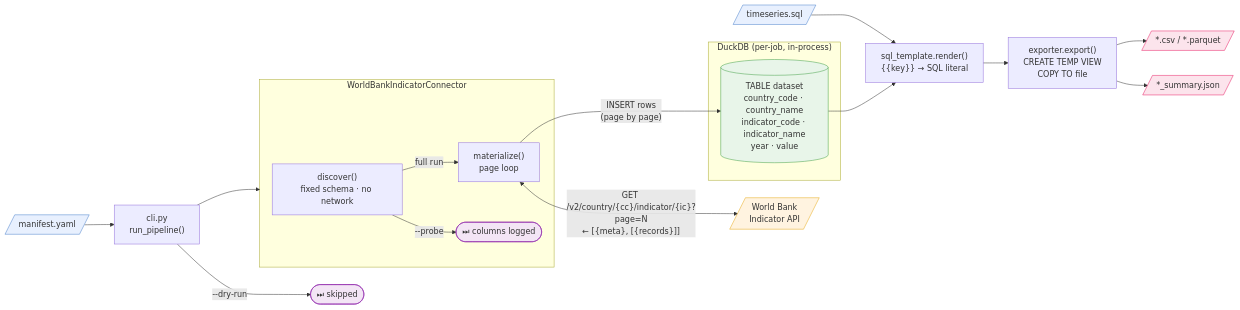
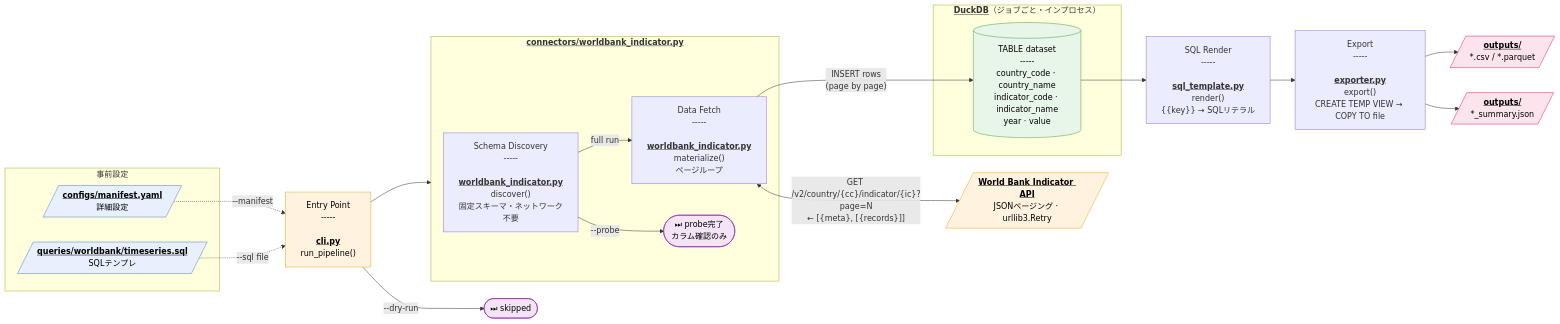
The diagram in README.md (azu-azu/api-bulk-downloader), drawn with Mermaid before and after one commit.

Commit message:
Enrich Mermaid flowchart with detailed labels
Expand the data-flow diagram to annotate concrete file paths, module
names, and step descriptions, and add clearer grouping for inputs,
connector stages, DuckDB storage, SQL rendering, and outputs. The update
also adds styling tweaks and HTML line breaks to improve readability in
rendered Mermaid diagrams.

````diff
--- a/README.md
+++ b/README.md
@@ -136,43 +136,52 @@
 ```mermaid
 flowchart LR
-    MANIFEST[/"manifest.yaml"/]
-    SQL_FILE[/"timeseries.sql"/]
+    CLI["Entry Point<br>-----<br><br><u><b>cli.py</b></u><br>run_pipeline()"]
 
-    MANIFEST --> CLI["cli.py\nrun_pipeline()"]
+    %% inputs (auxiliary)
+    subgraph PRE ["事前設定"]
+        MANIFEST[/"<u><b>configs/manifest.yaml</b></u><br>詳細設定"/]
+        SQL_FILE[/"<u><b>queries/worldbank/timeseries.sql</b></u><br>SQLテンプレ"/]
+    end
+    %% auxiliary (dashed) to show "inputs"
+    MANIFEST -.->|"--manifest"| CLI
+    SQL_FILE -.->|"--sql file"| CLI
+
+    %% runtime flow
     CLI -->|"--dry-run"| SKIP(["⏭ skipped"])
     CLI --> CONN
 
-    subgraph CONN ["WorldBankIndicatorConnector"]
-        DISC["discover()\nfixed schema · no network"]
-        MAT["materialize()\npage loop"]
-        DISC -->|"--probe"| PROBED(["⏭ columns logged"])
+    subgraph CONN ["<u><b>connectors/worldbank_indicator.py</b></u>"]
+        DISC["Schema Discovery<br>-----<br><br><u><b>worldbank_indicator.py</b></u><br>discover()<br>固定スキーマ・ネットワーク不要"]
+        MAT["Data Fetch<br>-----<br><br><u><b>worldbank_indicator.py</b></u><br>materialize()<br>ページループ"]
+        DISC -->|"--probe"| PROBED(["⏭ probe完了<br>カラム確認のみ"])
         DISC -->|full run| MAT
     end
 
-    MAT <-->|"GET /v2/country/{cc}/indicator/{ic}?page=N\n← [{meta}, [{records}]]"| WB[/"World Bank\nIndicator API"/]
+    MAT <-->|"GET /v2/country/{cc}/indicator/{ic}?page=N<br>← [{meta}, [{records}]]"| WB[/"<u><b>World Bank Indicator API</b></u><br>JSONページング · urllib3.Retry"/]
 
-    MAT -->|"INSERT rows\n(page by page)"| DS
+    MAT -->|"INSERT rows<br>(page by page)"| DS
 
-    subgraph DUCK ["DuckDB  (per-job, in-process)"]
-        DS[("TABLE dataset\ncountry_code · country_name\nindicator_code · indicator_name\nyear · value")]
+    subgraph DUCK ["<u><b>DuckDB</b></u>（ジョブごと・インプロセス）"]
+        DS[("TABLE dataset<br>-----<br>country_code · country_name<br>indicator_code · indicator_name<br>year · value")]
     end
 
-    SQL_FILE --> RENDER["sql_template.render()\n{{key}} → SQL literal"]
-    DS --> RENDER
-    RENDER --> EXPORT["exporter.export()\nCREATE TEMP VIEW\nCOPY TO file"]
+    %% SQL render
+    DS --> RENDER["SQL Render<br>-----<br><br><u><b>sql_template.py</b></u><br>render()<br>{{key}} → SQLリテラル"]
+    RENDER --> EXPORT["Export<br>-----<br><br><u><b>exporter.py</b></u><br>export()<br>CREATE TEMP VIEW → COPY TO file"]
 
-    EXPORT --> OUT_DATA[/"*.csv / *.parquet"/]
-    EXPORT --> OUT_SUM[/"*_summary.json"/]
+    %% outputs
+    EXPORT --> OUT_DATA[/"<u><b>outputs/</b></u><br>*.csv / *.parquet"/]
+    EXPORT --> OUT_SUM[/"<u><b>outputs/</b></u><br>*_summary.json"/]
 
-    classDef file    fill:#e8f0fe,stroke:#4a7fcb
-    classDef ext     fill:#fff3e0,stroke:#e6a817
-    classDef db      fill:#e8f5e9,stroke:#43a047
-    classDef term    fill:#f3e5f5,stroke:#8e24aa
-    classDef out     fill:#fce4ec,stroke:#e91e63
+    classDef file    fill:#e8f0fe,stroke:#4a7fcb, color:#000
+    classDef ext     fill:#fff3e0,stroke:#e6a817, color:#000
+    classDef db      fill:#e8f5e9,stroke:#43a047, color:#000
+    classDef term    fill:#f3e5f5,stroke:#8e24aa, color:#000
+    classDef out     fill:#fce4ec,stroke:#e91e63, color:#000
 
     class MANIFEST,SQL_FILE file
-    class WB ext
+    class WB,CLI ext
     class DS db
     class SKIP,PROBED term
     class OUT_DATA,OUT_SUM out
 ```
````
